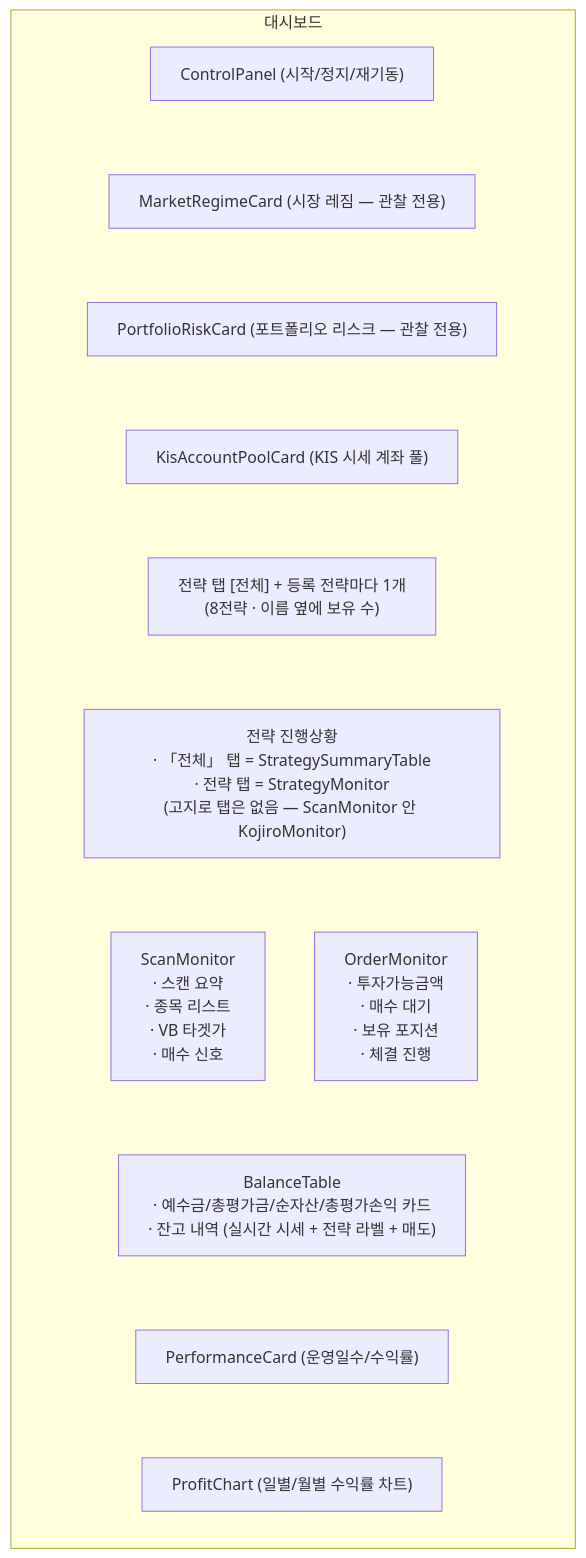
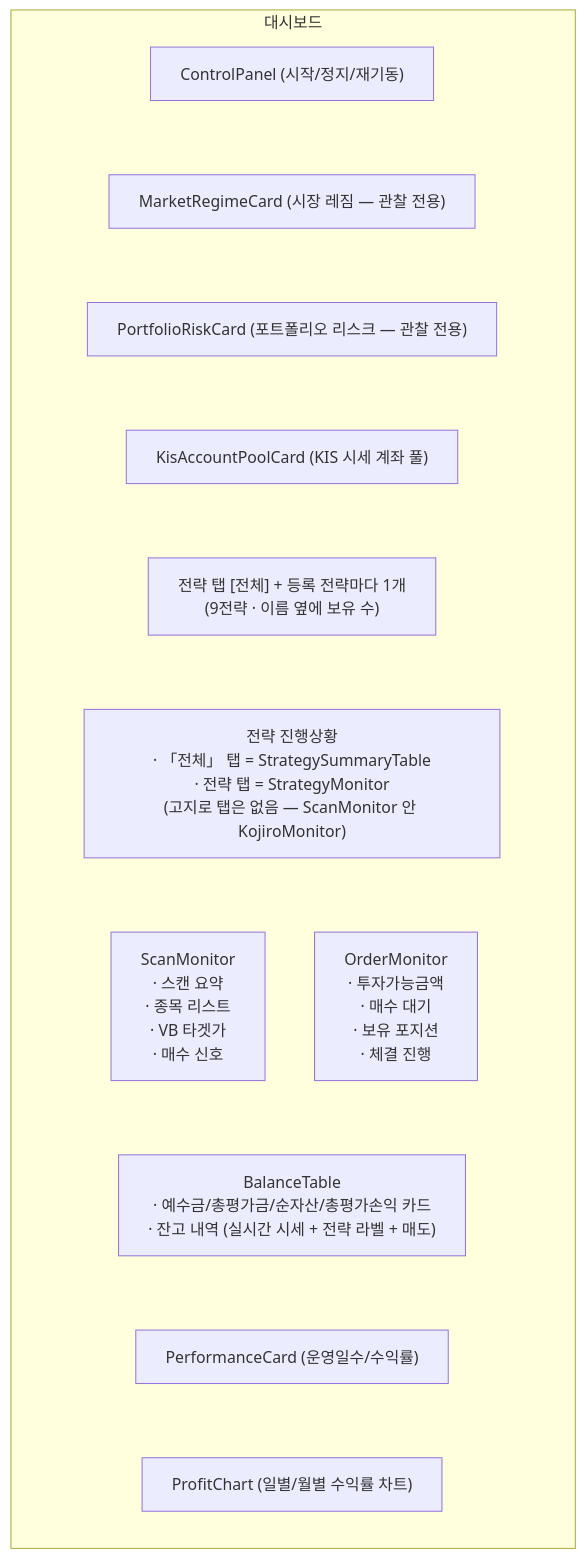
One commit to canduk910/auto_stock changed diagram 17 of 28 in docs/architecture.md. Above: the diagram before and after it, drawn with Mermaid. The commit also changed other lines of this file and 16 other files, not shown here.

````diff
--- a/docs/architecture.md
+++ b/docs/architecture.md
@@ -1053,29 +1101,29 @@
 ```mermaid
 %%{init: {"flowchart": {"wrappingWidth": 360}}}%%
 flowchart TB
     subgraph PAGE["대시보드"]
         direction TB
         CP["ControlPanel (시작/정지/재기동)"]
         MR["MarketRegimeCard (시장 레짐 — 관찰 전용)"]
         PR["PortfolioRiskCard (포트폴리오 리스크 — 관찰 전용)"]
         KP["KisAccountPoolCard (KIS 시세 계좌 풀)"]
-        TAB["전략 탭 [전체] + 등록 전략마다 1개<br/>(8전략 · 이름 옆에 보유 수)"]
+        TAB["전략 탭 [전체] + 등록 전략마다 1개<br/>(9전략 · 이름 옆에 보유 수)"]
         SP["전략 진행상황<br/>· 「전체」 탭 = StrategySummaryTable<br/>· 전략 탭 = StrategyMonitor<br/>(고지로 탭은 없음 — ScanMonitor 안 KojiroMonitor)"]
         SM["ScanMonitor<br/>· 스캔 요약<br/>· 종목 리스트<br/>· VB 타겟가<br/>· 매수 신호"]
         OM["OrderMonitor<br/>· 투자가능금액<br/>· 매수 대기<br/>· 보유 포지션<br/>· 체결 진행"]
         BT["BalanceTable<br/>· 예수금/총평가금/순자산/총평가손익 카드<br/>· 잔고 내역 (실시간 시세 + 전략 라벨 + 매도)"]
         PC["PerformanceCard (운영일수/수익률)"]
         CH["ProfitChart (일별/월별 수익률 차트)"]
         CP ~~~ MR
         MR ~~~ PR
         PR ~~~ KP
         KP ~~~ TAB
         TAB ~~~ SP
         SP ~~~ SM
         SP ~~~ OM
         SM ~~~ BT
         OM ~~~ BT
         BT ~~~ PC
         PC ~~~ CH
     end
 ```
````
